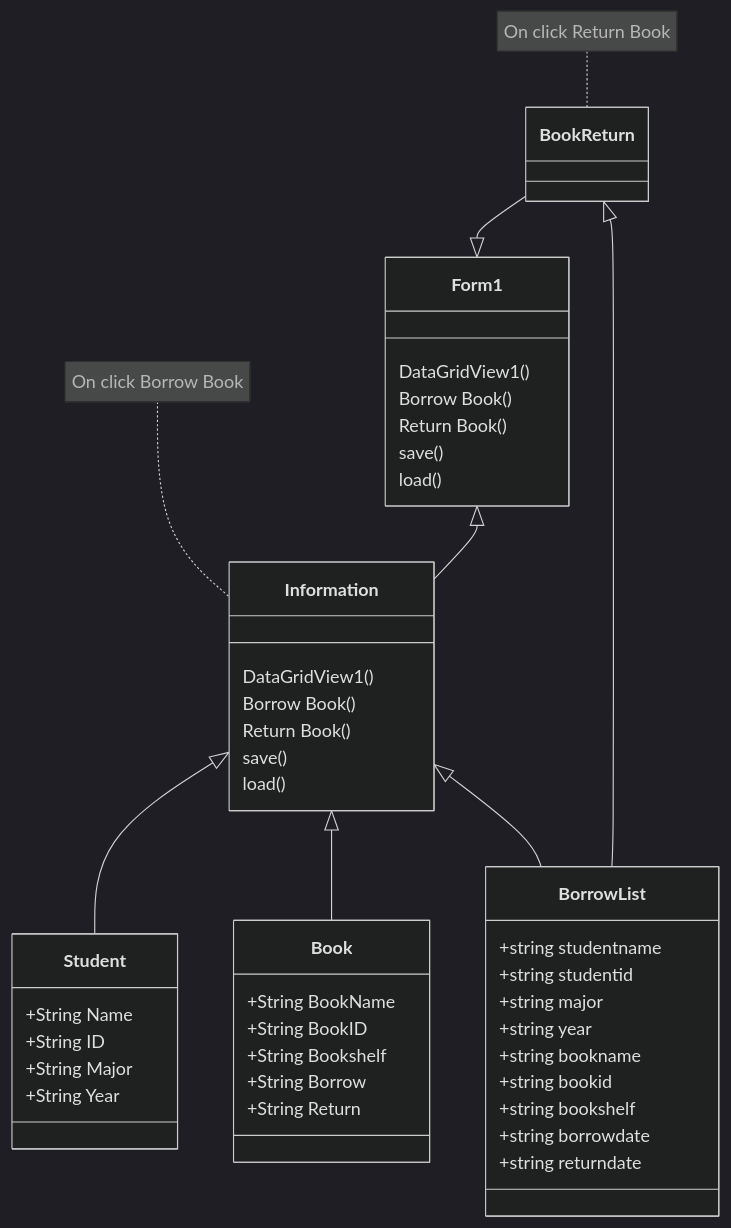
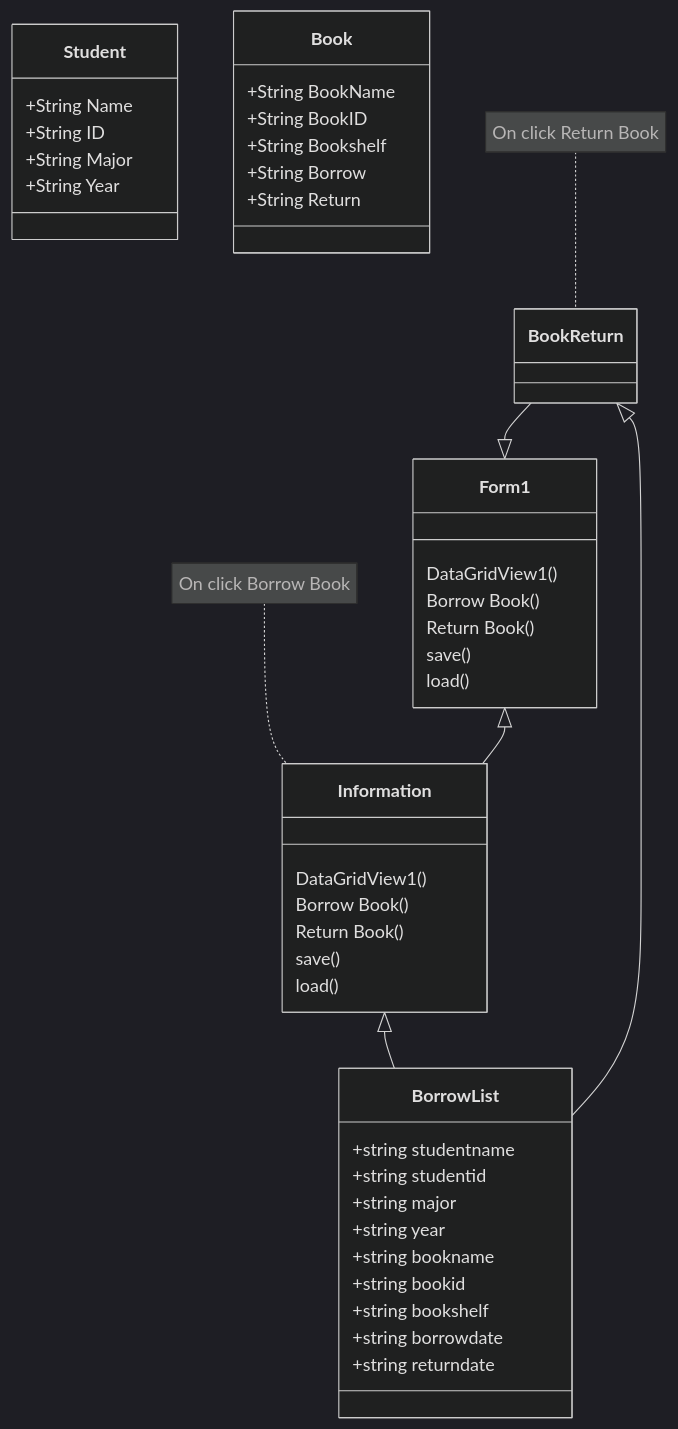
The diagram in README.md (bbxxaxxm/Finalnatnicha), drawn with Mermaid (dark theme) before and after one commit.

````diff
--- a/README.md
+++ b/README.md
@@ -9,45 +9,44 @@
 ```mermaid
 classDiagram
     Form1 <|-- Information
     Form1 : DataGridView1()
     Form1 : Borrow Book()
     Form1 : Return Book()
     Form1 : save()
     Form1 : load()
     note for Information "On click Borrow Book"
-    Information <|-- Student
-    Information <|-- Book
+
     Information <|-- BorrowList
     Information : DataGridView1()
     Information : Borrow Book()
     Information: Return Book()
     Information: save()
     Information: load()
      note for BookReturn "On click Return Book"
     BookReturn --|> Form1
     BookReturn <|-- BorrowList
     class Student{
         +String Name
         +String ID
         +String Major
         +String Year
     }
     class Book{
         +String BookName
         +String BookID
         +String Bookshelf
         +String Borrow
         +String Return
     }
     class BorrowList{
         +string studentname
         +string studentid
         +string major
         +string year
         +string bookname
         +string bookid
         +string bookshelf
         +string borrowdate
         +string returndate
     }
 ```
````
